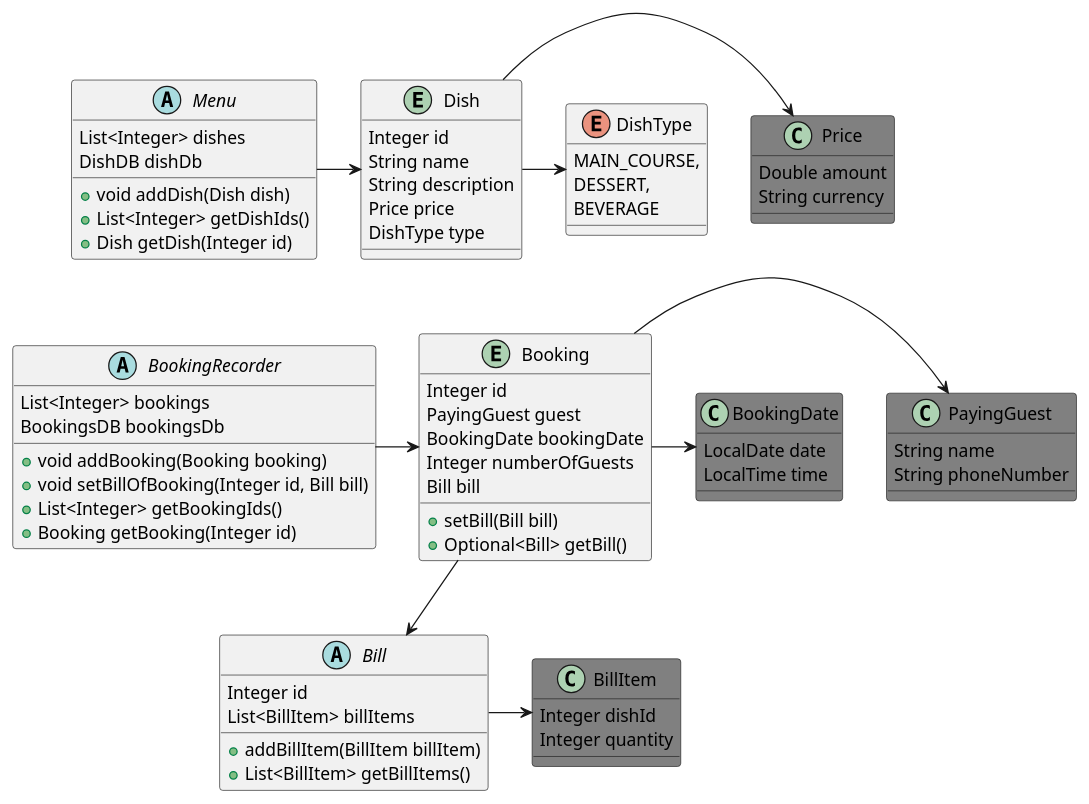
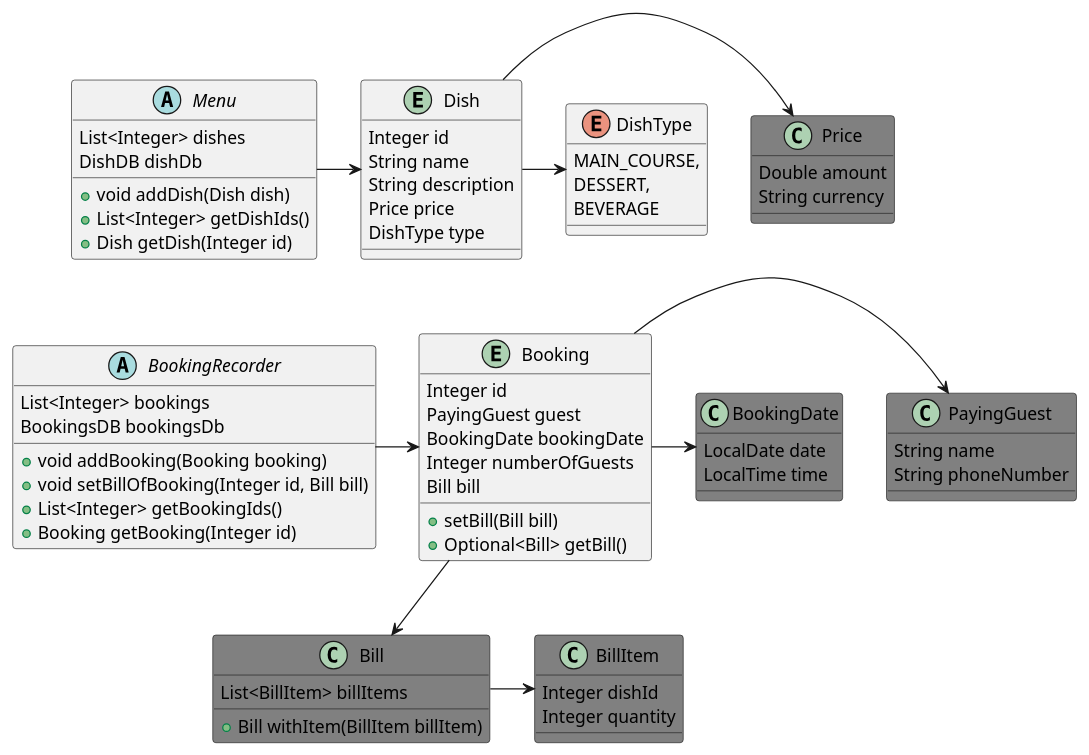
The diagram in out/production/java-fundamentals/domain_driven_design/restaurant_booking/diagrams/domain_classes.puml (JonasHellgren/JavaBasics), drawn with PlantUML before and after one commit. The commit also changed 29 other files, not shown here.

```diff
--- a/out/production/java-fundamentals/domain_driven_design/restaurant_booking/diagrams/domain_classes.puml
+++ b/out/production/java-fundamentals/domain_driven_design/restaurant_booking/diagrams/domain_classes.puml
@@ -1,109 +1,106 @@
 @startuml
 
 
 together {
   class Menu
   entity Dish
   enum DishType
 }
 
 together {
   abstract BookingRecorder
   entity Booking
   class BookingDate
   abstract Bill
   class BillItem
 }
 
 entity Dish {
   Integer id
   String name
   String description
   Price price
   DishType type
 }
 
 class  Price #grey {
   Double amount
   String currency
 }
 
 class PayingGuest #grey {
   String name
   String phoneNumber
 }
 
 
 entity Booking {
   Integer id
   PayingGuest guest
   BookingDate bookingDate
   Integer numberOfGuests
   Bill bill
   + setBill(Bill bill)
   + Optional<Bill> getBill()
 }
 
 
 class BookingDate #grey {
   LocalDate date
   LocalTime time
 }
 
 class BillItem #grey {
   Integer dishId
   Integer quantity
 }
 
 
 
 enum DishType {
   MAIN_COURSE,
   DESSERT,
   BEVERAGE
 }
 
 abstract Menu {
   List<Integer> dishes
   DishDB dishDb
   + void addDish(Dish dish)
   + List<Integer> getDishIds()
   + Dish getDish(Integer id)
 }
 
-abstract Bill {
-  Integer id
+class Bill #grey {
   List<BillItem> billItems
-  + addBillItem(BillItem billItem)
-  + List<BillItem> getBillItems()
-
+  + Bill withItem(BillItem billItem)
 }
 
 
 
 abstract BookingRecorder{
   List<Integer> bookings
   BookingsDB bookingsDb
   + void addBooking(Booking booking)
   + void setBillOfBooking(Integer id, Bill bill)
   + List<Integer> getBookingIds()
   + Booking getBooking(Integer id)
 }
 
 Menu -> Dish
 Dish -> DishType
 Dish -> Price
 
 BookingRecorder -> Booking
 Booking -down-> Bill
 Booking -> BookingDate
 
 Bill -> BillItem
 Menu -[hidden]-> BookingRecorder
 BookingRecorder -[hidden]-> Bill
 
 Booking -> PayingGuest
 
 
 
 @enduml
```
